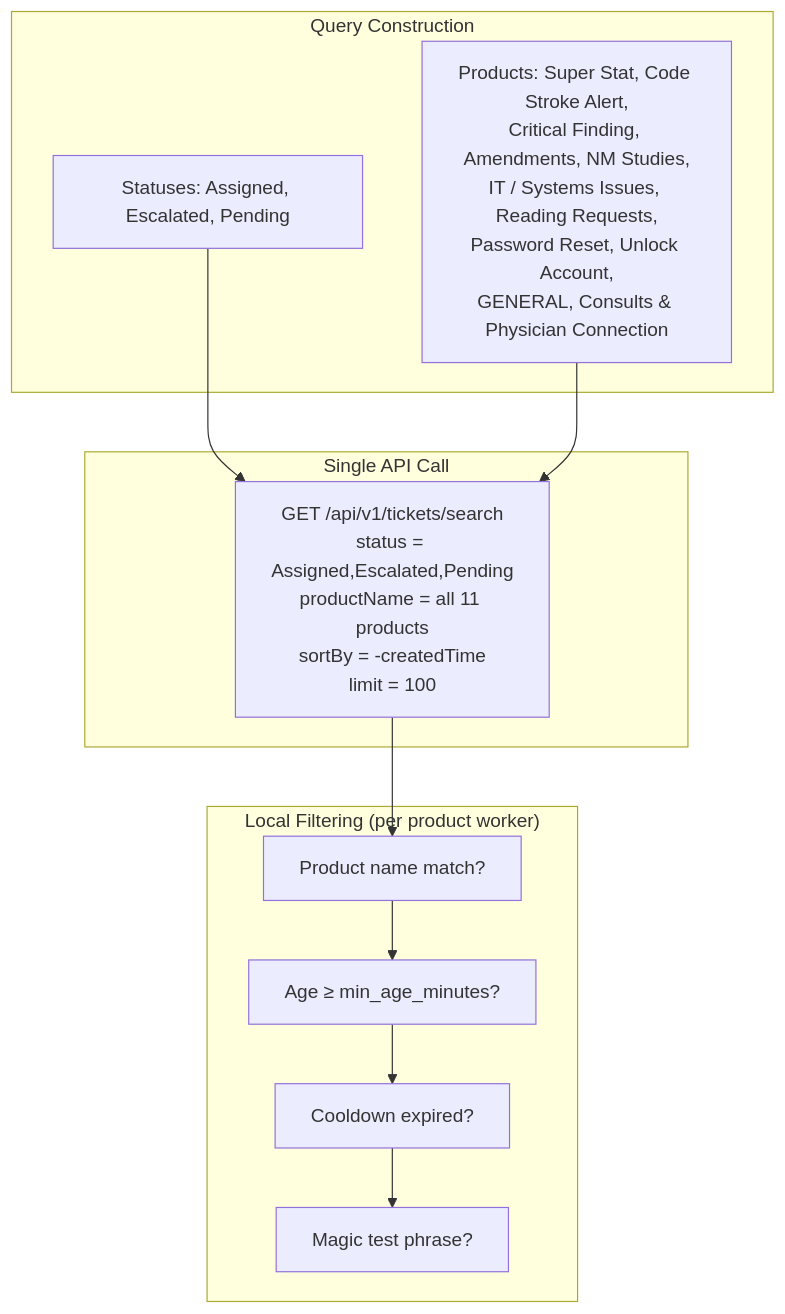
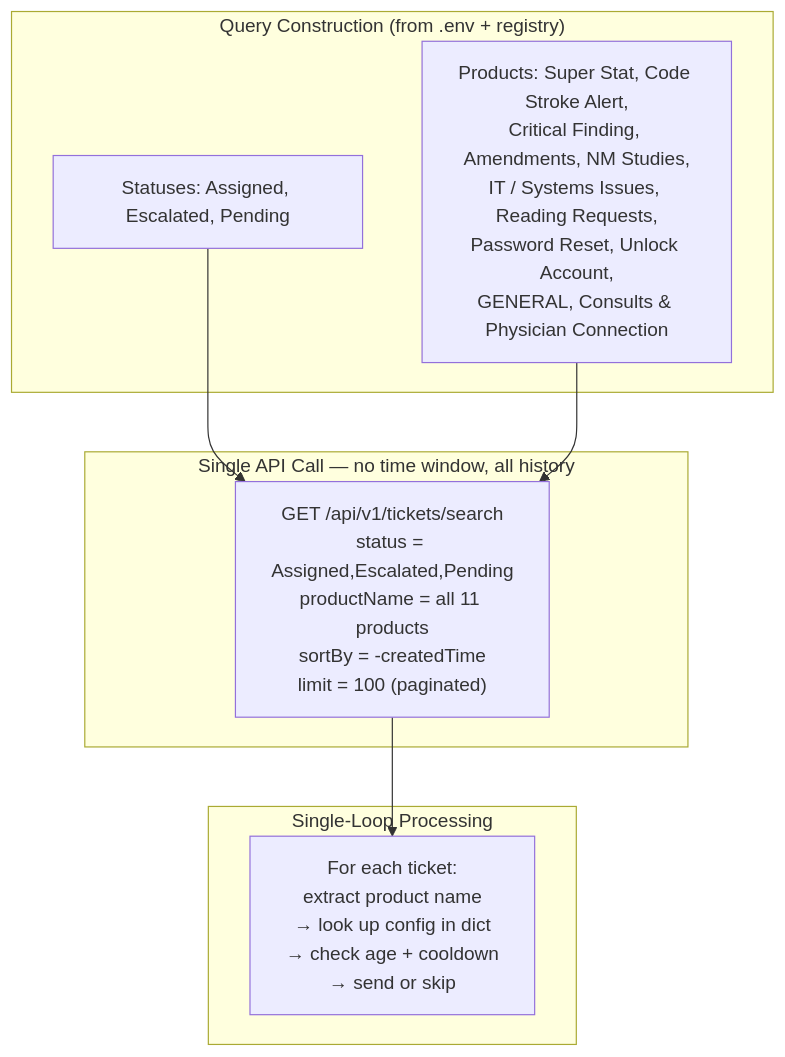
The third of 4 diagrams in README.md (AnsImran/ms-teams-zoho-desk-notifications-service), drawn with Mermaid before and after one commit. The commit also changed other lines of this file and 5 other files, not shown here.

First line of the commit message:
clean up stale code, update diagrams and README for single-loop architecture

````diff
--- a/README.md
+++ b/README.md
@@ -57,22 +57,19 @@
 ```mermaid
 flowchart TB
-    subgraph build["Query Construction"]
+    subgraph build["Query Construction (from .env + registry)"]
         S["Statuses: Assigned, Escalated, Pending"]
         P["Products: Super Stat, Code Stroke Alert,<br>Critical Finding, Amendments, NM Studies,<br>IT / Systems Issues, Reading Requests,<br>Password Reset, Unlock Account,<br>GENERAL, Consults & Physician Connection"]
     end
 
-    subgraph call["Single API Call"]
-        Q["GET /api/v1/tickets/search<br>status = Assigned,Escalated,Pending<br>productName = all 11 products<br>sortBy = -createdTime<br>limit = 100"]
+    subgraph call["Single API Call — no time window, all history"]
+        Q["GET /api/v1/tickets/search<br>status = Assigned,Escalated,Pending<br>productName = all 11 products<br>sortBy = -createdTime<br>limit = 100 (paginated)"]
     end
 
-    subgraph filter["Local Filtering (per product worker)"]
-        F1["Product name match?"]
-        F2["Age ≥ min_age_minutes?"]
-        F3["Cooldown expired?"]
-        F4["Magic test phrase?"]
+    subgraph process["Single-Loop Processing"]
+        L["For each ticket:<br>extract product name<br>→ look up config in dict<br>→ check age + cooldown<br>→ send or skip"]
     end
 
     S --> Q
     P --> Q
-    Q --> F1 --> F2 --> F3 --> F4
+    Q --> L
 ```
````
